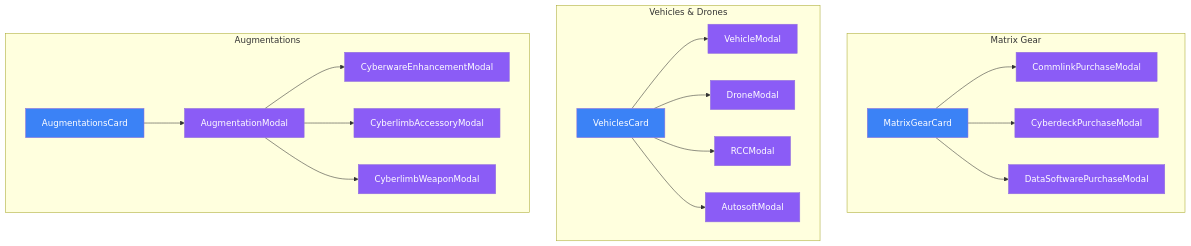
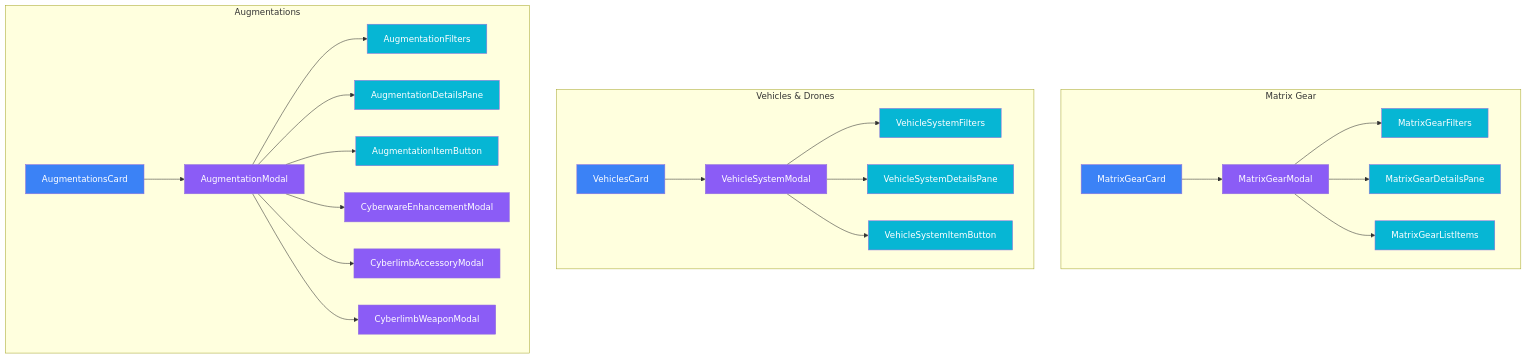
The diagram in docs/architecture/creation-components/06-matrix-vehicles.md (Jasrags/ShadowMaster), drawn with Mermaid before and after one commit. The commit also changed other lines of this file and 28 other files, not shown here.

````diff
--- a/docs/architecture/creation-components/06-matrix-vehicles.md
+++ b/docs/architecture/creation-components/06-matrix-vehicles.md
@@ -7,54 +7,66 @@
 ```mermaid
 graph TD
     subgraph "Matrix Gear"
         MatrixGearCard[MatrixGearCard]
-        CommlinkPurchaseModal[CommlinkPurchaseModal]
-        CyberdeckPurchaseModal[CyberdeckPurchaseModal]
-        DataSoftwarePurchaseModal[DataSoftwarePurchaseModal]
+        MatrixGearModal[MatrixGearModal]
+        MatrixGearFilters[MatrixGearFilters]
+        MatrixGearDetailsPane[MatrixGearDetailsPane]
+        MatrixGearListItems[MatrixGearListItems]
 
-        MatrixGearCard --> CommlinkPurchaseModal
-        MatrixGearCard --> CyberdeckPurchaseModal
-        MatrixGearCard --> DataSoftwarePurchaseModal
+        MatrixGearCard --> MatrixGearModal
+        MatrixGearModal --> MatrixGearFilters
+        MatrixGearModal --> MatrixGearDetailsPane
+        MatrixGearModal --> MatrixGearListItems
     end
 
     subgraph "Vehicles & Drones"
         VehiclesCard[VehiclesCard]
-        VehicleModal[VehicleModal]
-        DroneModal[DroneModal]
-        RCCModal[RCCModal]
-        AutosoftModal[AutosoftModal]
+        VehicleSystemModal[VehicleSystemModal]
+        VehicleSystemFilters[VehicleSystemFilters]
+        VehicleSystemDetailsPane[VehicleSystemDetailsPane]
+        VehicleSystemItemButton[VehicleSystemItemButton]
 
-        VehiclesCard --> VehicleModal
-        VehiclesCard --> DroneModal
-        VehiclesCard --> RCCModal
-        VehiclesCard --> AutosoftModal
+        VehiclesCard --> VehicleSystemModal
+        VehicleSystemModal --> VehicleSystemFilters
+        VehicleSystemModal --> VehicleSystemDetailsPane
+        VehicleSystemModal --> VehicleSystemItemButton
     end
 
     subgraph "Augmentations"
         AugmentationsCard[AugmentationsCard]
         AugmentationModal[AugmentationModal]
+        AugmentationFilters[AugmentationFilters]
+        AugmentationDetailsPane[AugmentationDetailsPane]
+        AugmentationItemButton[AugmentationItemButton]
         CyberwareEnhancementModal[CyberwareEnhancementModal]
         CyberlimbAccessoryModal[CyberlimbAccessoryModal]
         CyberlimbWeaponModal[CyberlimbWeaponModal]
 
         AugmentationsCard --> AugmentationModal
+        AugmentationModal --> AugmentationFilters
+        AugmentationModal --> AugmentationDetailsPane
+        AugmentationModal --> AugmentationItemButton
         AugmentationModal --> CyberwareEnhancementModal
         AugmentationModal --> CyberlimbAccessoryModal
         AugmentationModal --> CyberlimbWeaponModal
     end
 
     style MatrixGearCard fill:#3b82f6,color:#fff
-    style CommlinkPurchaseModal fill:#8b5cf6,color:#fff
-    style CyberdeckPurchaseModal fill:#8b5cf6,color:#fff
-    style DataSoftwarePurchaseModal fill:#8b5cf6,color:#fff
+    style MatrixGearModal fill:#8b5cf6,color:#fff
+    style MatrixGearFilters fill:#06b6d4,color:#fff
+    style MatrixGearDetailsPane fill:#06b6d4,color:#fff
+    style MatrixGearListItems fill:#06b6d4,color:#fff
     style VehiclesCard fill:#3b82f6,color:#fff
-    style VehicleModal fill:#8b5cf6,color:#fff
-    style DroneModal fill:#8b5cf6,color:#fff
-    style RCCModal fill:#8b5cf6,color:#fff
-    style AutosoftModal fill:#8b5cf6,color:#fff
+    style VehicleSystemModal fill:#8b5cf6,color:#fff
+    style VehicleSystemFilters fill:#06b6d4,color:#fff
+    style VehicleSystemDetailsPane fill:#06b6d4,color:#fff
+    style VehicleSystemItemButton fill:#06b6d4,color:#fff
     style AugmentationsCard fill:#3b82f6,color:#fff
     style AugmentationModal fill:#8b5cf6,color:#fff
+    style AugmentationFilters fill:#06b6d4,color:#fff
+    style AugmentationDetailsPane fill:#06b6d4,color:#fff
+    style AugmentationItemButton fill:#06b6d4,color:#fff
     style CyberwareEnhancementModal fill:#8b5cf6,color:#fff
     style CyberlimbAccessoryModal fill:#8b5cf6,color:#fff
     style CyberlimbWeaponModal fill:#8b5cf6,color:#fff
 ```
````
